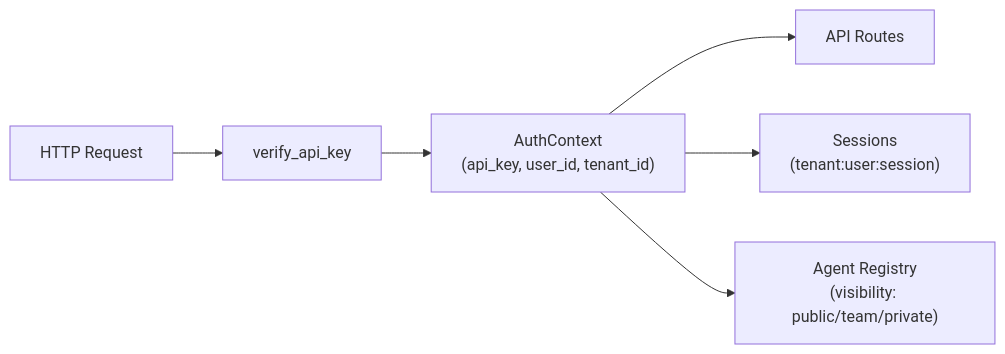
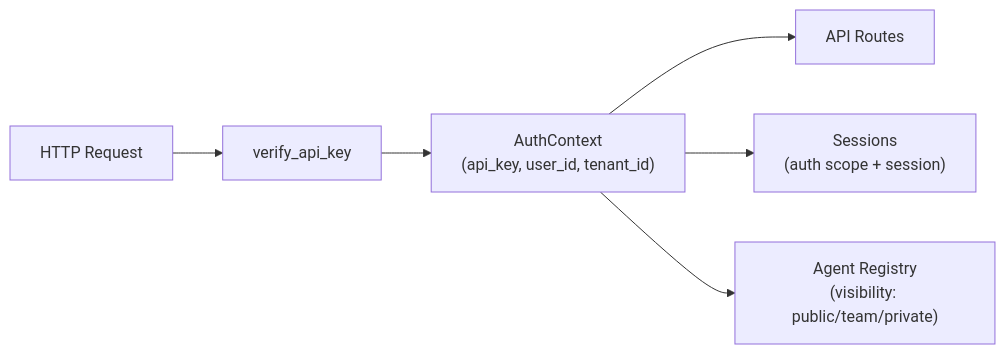
Before and after one commit to KangaKode/aiscaffold: the sixth of 6 diagrams in README.md, drawn with Mermaid. The commit also changed other lines of this file and 13 other files, not shown here.

Commit message:
Fix critical scaffold trust and auth scope bugs

````diff
--- a/README.md
+++ b/README.md
@@ -346,8 +346,8 @@
 ```mermaid
 flowchart LR
     Request[HTTP Request] --> Auth[verify_api_key]
     Auth --> AC["AuthContext\n(api_key, user_id, tenant_id)"]
     AC --> Routes[API Routes]
-    AC --> Sessions["Sessions\n(tenant:user:session)"]
+    AC --> Sessions["Sessions\n(auth scope + session)"]
     AC --> Registry["Agent Registry\n(visibility: public/team/private)"]
 ```
````
